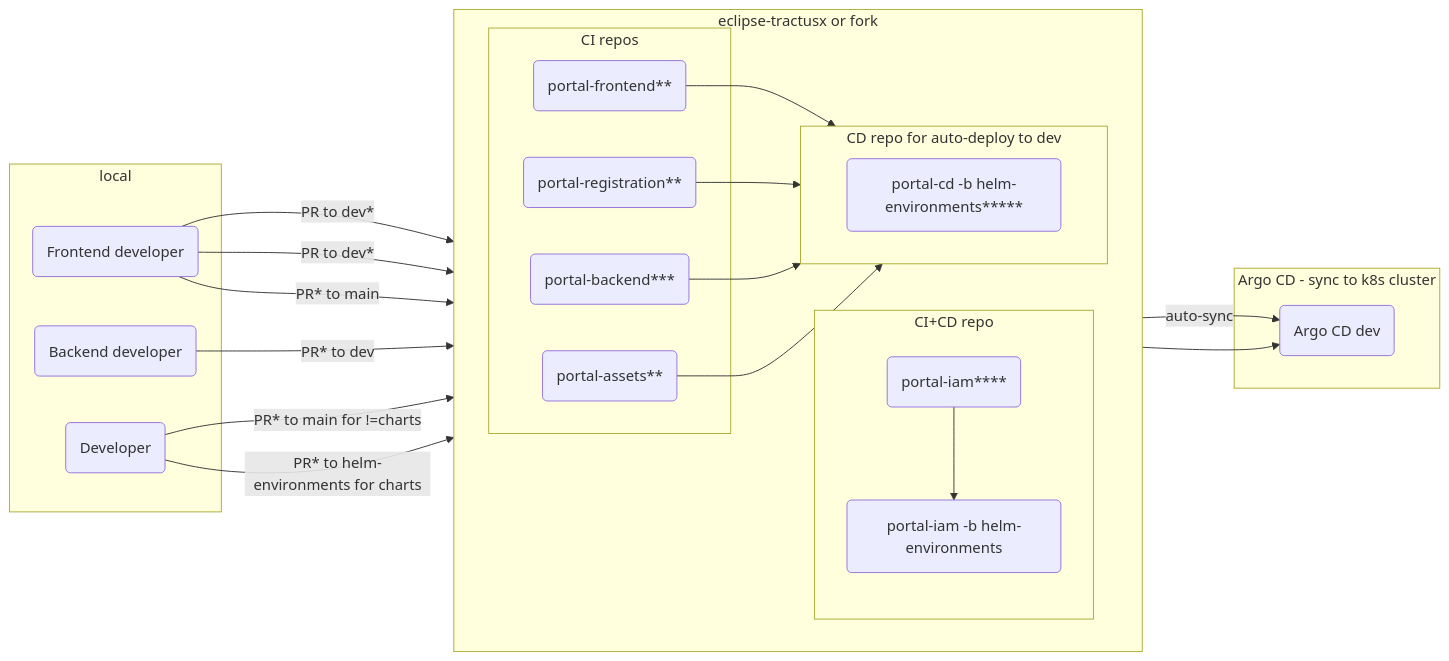
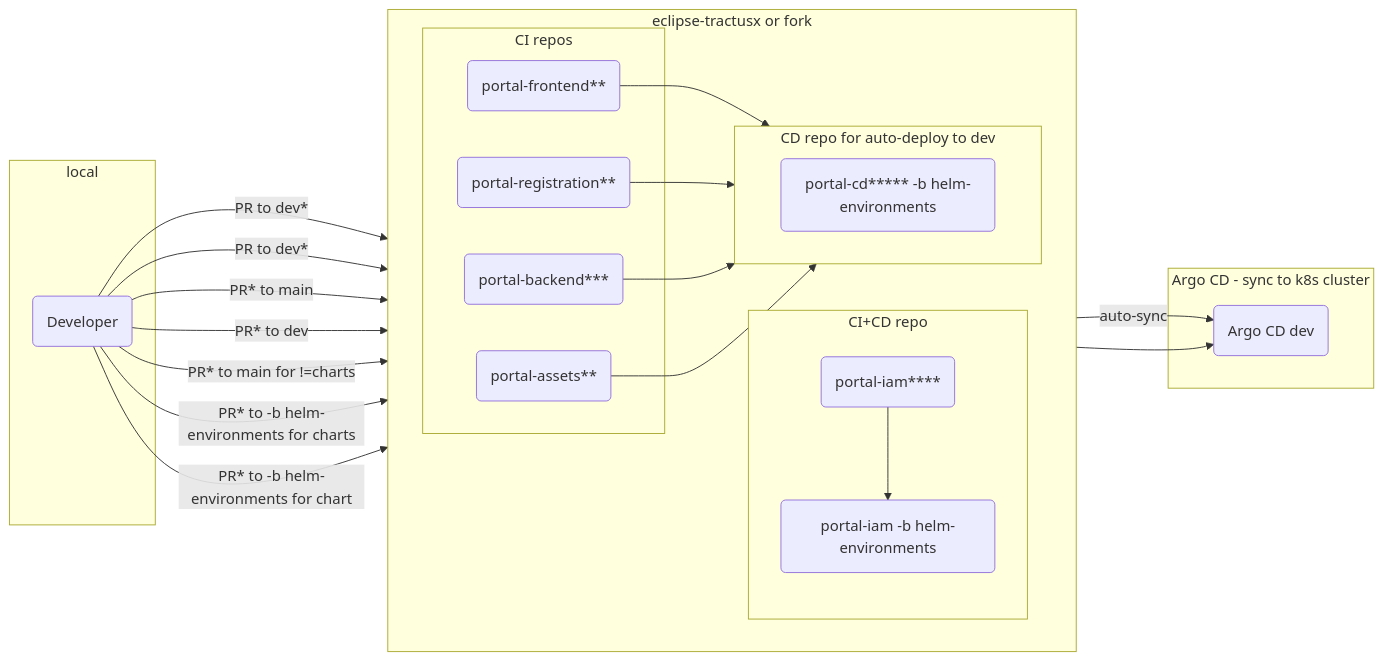
The diagram in developer/Technical Documentation/Dev Process/Dev-flow_deploy-dev-env.md (catenax-ng/tx-portal-assets), drawn with Mermaid before and after one commit. The commit also changed 1 other file, not shown here.

Commit message:
docs: update dev flow

````diff
--- a/developer/Technical Documentation/Dev Process/Dev-flow_deploy-dev-env.md
+++ b/developer/Technical Documentation/Dev Process/Dev-flow_deploy-dev-env.md
@@ -3,41 +3,40 @@
 ```mermaid
 flowchart LR
     subgraph local
-    F(Frontend developer)
-    B(Backend developer)
     D(Developer)
     end
     subgraph eclipse-tractusx or fork
         direction LR
         subgraph CI repos
-            F -- PR to dev* --> PF(portal-frontend**)
-            F -- PR to dev* --> PR(portal-registration**)
-            F -- PR* to main --> PA(portal-assets**)
-            B -- PR* to dev--> PB(portal-backend***)
+            D -- PR to dev* --> PF(portal-frontend**)
+            D -- PR to dev* --> PR(portal-registration**)
+            D -- PR* to main --> PA(portal-assets**)
+            D -- PR* to dev--> PB(portal-backend***)
             click PF "https://github.com/eclipse-tractusx/portal-frontend"
             click PR "https://github.com/eclipse-tractusx/portal-frontend-registration"
             click PA "https://github.com/eclipse-tractusx/portal-assets"
             click PB "https://github.com/eclipse-tractusx/portal-backend"
         end
         subgraph CI+CD repo
             direction TB
             D -- PR* to main for !=charts --> PI(portal-iam****)
-            D -- PR* to helm-environments for charts --> PI
+            D -- PR* to -b helm-environments for charts --> PI
             PI --> PICD(portal-iam -b helm-environments)
             click PI "https://github.com/eclipse-tractusx/portal-iam"
         end
         subgraph CD repo for auto-deploy to dev
             direction LR
-            PF --> CD(portal-cd -b helm-environments*****)
+            PF --> CD(portal-cd***** -b helm-environments)
             PR --> CD
             PB --> CD
             PA --> CD
+            D -- PR* to -b helm-environments for chart --> CD
             click CD "https://github.com/eclipse-tractusx/portal-cd"
         end
     end
     subgraph Argo CD - sync to k8s cluster
     CD -- auto-sync --> A(Argo CD dev)
     PICD --> A
     click A "https://argo.dev.demo.catena-x.net"
     end
 ```
````
